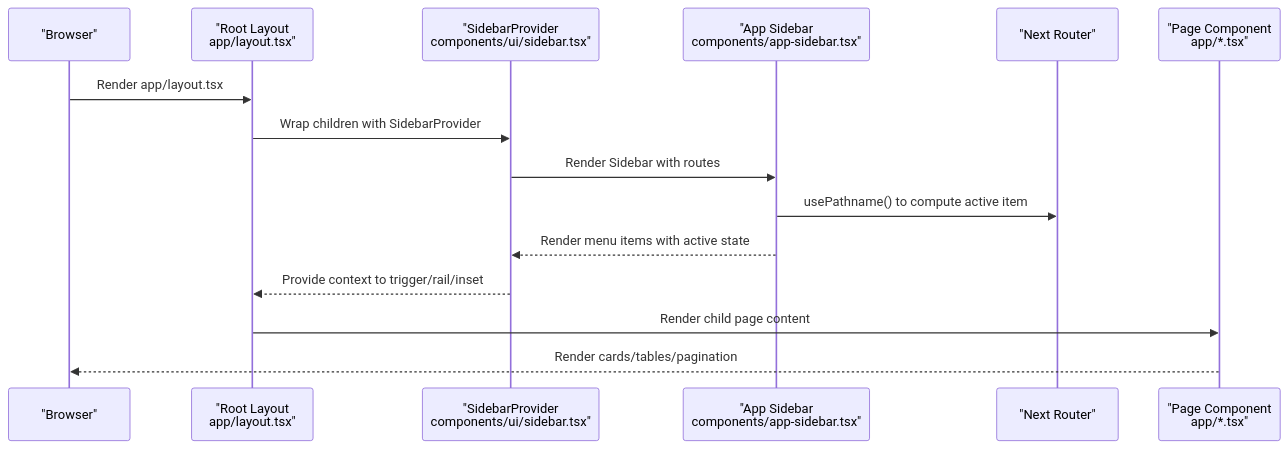
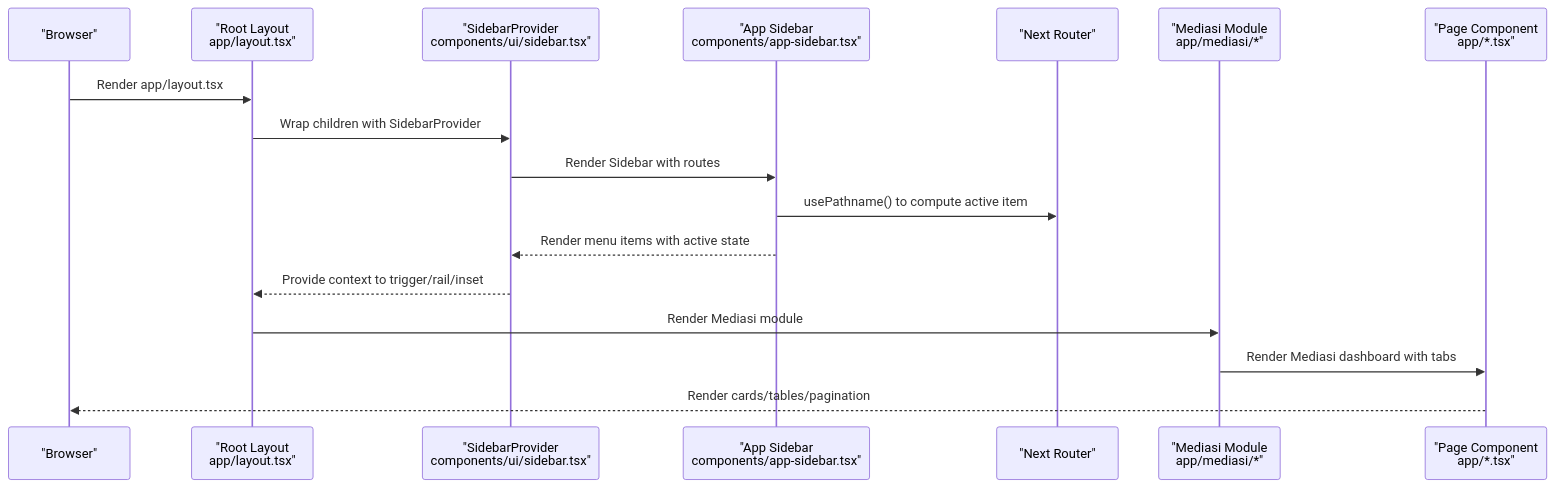
The second of 11 diagrams in .qoder/repowiki/en/content/Core Components/Layout and Navigation.md (backuppapnj/admin-panel), drawn with Mermaid before and after one commit. The commit also changed other lines of this file and 10 other files, not shown here.

Commit message:
Add inovasi module and mediasi documentation, update sidebar and API

````diff
--- a/.qoder/repowiki/en/content/Core Components/Layout and Navigation.md
+++ b/.qoder/repowiki/en/content/Core Components/Layout and Navigation.md
@@ -87,17 +108,19 @@
 ```mermaid
 sequenceDiagram
 participant Browser as "Browser"
 participant Root as "Root Layout<br/>app/layout.tsx"
 participant Provider as "SidebarProvider<br/>components/ui/sidebar.tsx"
 participant Sidebar as "App Sidebar<br/>components/app-sidebar.tsx"
 participant Nav as "Next Router"
+participant Mediasi as "Mediasi Module<br/>app/mediasi/*"
 participant Page as "Page Component<br/>app/*.tsx"
 Browser->>Root : Render app/layout.tsx
 Root->>Provider : Wrap children with SidebarProvider
 Provider->>Sidebar : Render Sidebar with routes
 Sidebar->>Nav : usePathname() to compute active item
 Sidebar-->>Provider : Render menu items with active state
 Provider-->>Root : Provide context to trigger/rail/inset
-Root->>Page : Render child page content
+Root->>Mediasi : Render Mediasi module
+Mediasi->>Page : Render Mediasi dashboard with tabs
 Page-->>Browser : Render cards/tables/pagination
 ```
````
